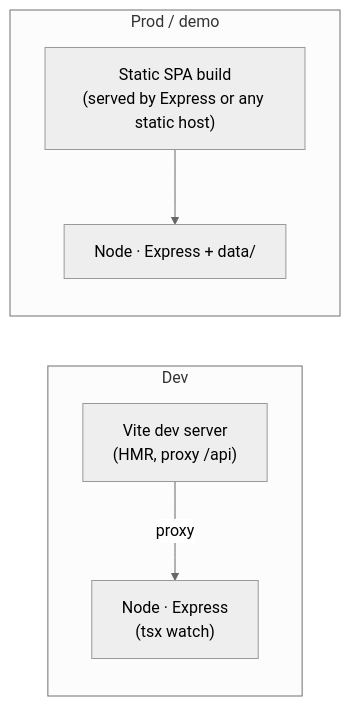
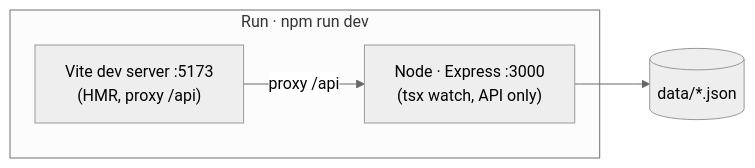
The sixth of 6 diagrams in docs/architecture.md (anch09/cohort-waiting-list), drawn with Mermaid (neutral theme) before and after one commit. The commit also changed other lines of this file and 3 other files, not shown here.

Commit message:
docs: sync with implementation (dev-only runtime, Tailwind, invalidation-only, AI-usage skeleton)

````diff
--- a/docs/architecture.md
+++ b/docs/architecture.md
@@ -207,13 +203,10 @@
 ```mermaid
 flowchart LR
-  subgraph dev["Dev"]
-    vite["Vite dev server<br/>(HMR, proxy /api)"]
-    node1["Node · Express<br/>(tsx watch)"]
-    vite -->|proxy| node1
+  subgraph run["Run · npm run dev"]
+    vite["Vite dev server :5173<br/>(HMR, proxy /api)"]
+    node1["Node · Express :3000<br/>(tsx watch, API only)"]
+    vite -->|"proxy /api"| node1
   end
-  subgraph prod["Prod / demo"]
-    static["Static SPA build<br/>(served by Express or any static host)"]
-    node2["Node · Express + data/"]
-    static --> node2
-  end
+  fs[("data/*.json")]
+  node1 --> fs
 ```
````
